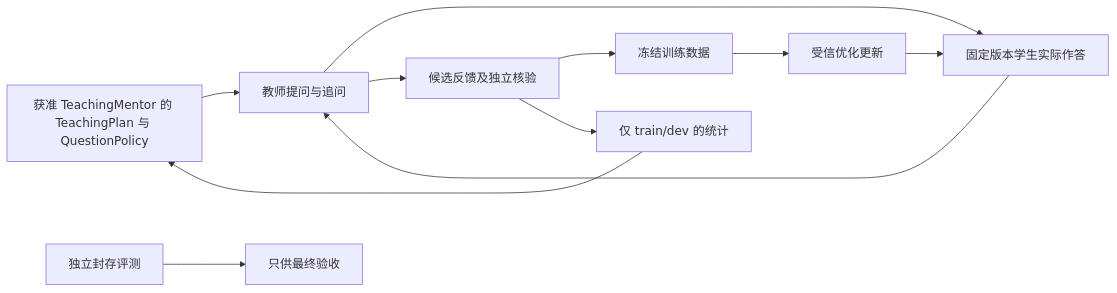
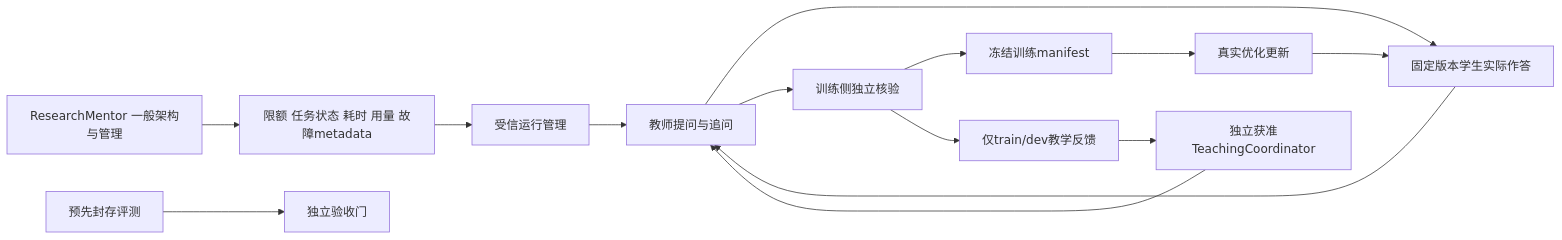
One commit to saigyujikingyo-png/companion-core changed the diagram in docs/MENTOR-TEACHER-STUDENT-WORKFLOW.md. Above: the diagram before and after it, drawn with Mermaid. The commit also changed other lines of this file, not shown here.

Commit message:
Clarify mentor metadata-only role and licensed teaching coordination

````diff
--- a/docs/MENTOR-TEACHER-STUDENT-WORKFLOW.md
+++ b/docs/MENTOR-TEACHER-STUDENT-WORKFLOW.md
@@ -17,13 +19,16 @@
 ```mermaid
 flowchart LR
-  M[获准 TeachingMentor 的 TeachingPlan 与 QuestionPolicy] --> T[教师提问与追问]
+  RM[ResearchMentor 一般架构与管理] --> OP[限额 任务状态 耗时 用量 故障metadata]
+  OP --> RUN[受信运行管理]
+  TC[独立获准TeachingCoordinator] --> T[教师提问与追问]
   T --> S[固定版本学生实际作答]
   S --> T
-  T --> V[候选反馈及独立核验]
-  V --> D[冻结训练数据]
-  D --> U[受信优化更新]
+  T --> V[训练侧独立核验]
+  V --> D[冻结训练manifest]
+  D --> U[真实优化更新]
   U --> S
-  V --> R[仅 train/dev 的统计]
-  R --> M
-  E[独立封存评测] --> G[只供最终验收]
+  V --> TD[仅train/dev教学反馈]
+  TD --> TC
+  RUN --> T
+  E[预先封存评测] --> G[独立验收门]
 ```
````
